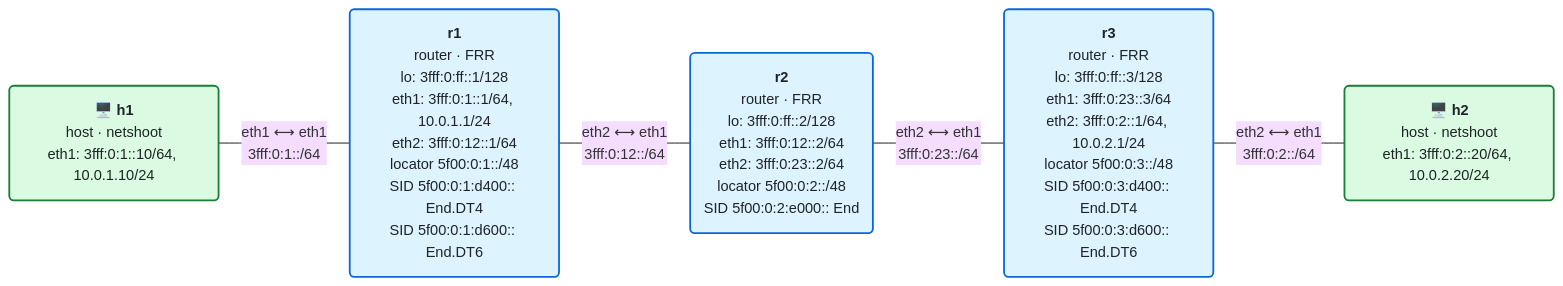
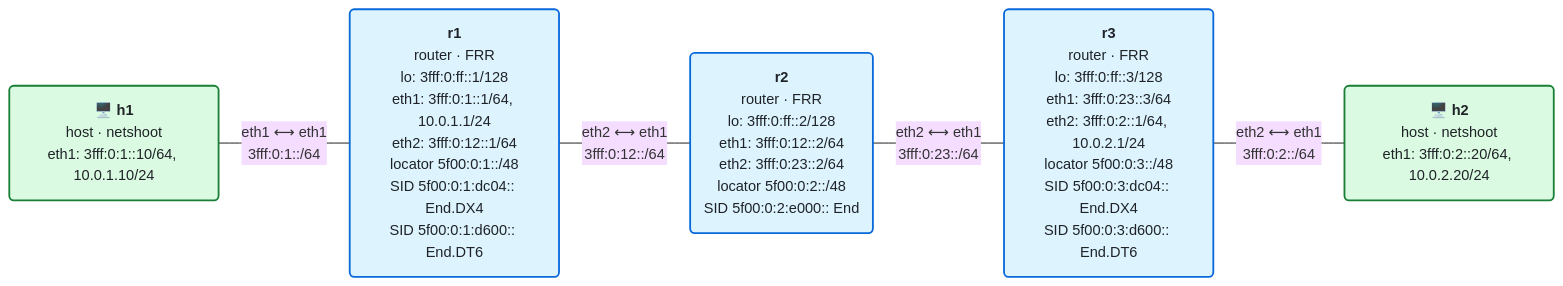
Before and after one commit to vitokosk8/aprendiendo-srv6: the diagram in 08-network-programming/README.md, drawn with Mermaid (base theme). The commit also changed other lines of this file and 6 other files, not shown here.

````diff
--- a/08-network-programming/README.md
+++ b/08-network-programming/README.md
@@ -10,19 +10,19 @@
 ```mermaid
 graph LR
     h1("🖥️ <b>h1</b><br/>host · netshoot<br/>eth1: 3fff:0:1::10/64, 10.0.1.10/24")
-    r1("<b>r1</b><br/>router · FRR<br/>lo: 3fff:0:ff::1/128<br/>eth1: 3fff:0:1::1/64, 10.0.1.1/24<br/>eth2: 3fff:0:12::1/64<br/>locator 5f00:0:1::/48<br/>SID 5f00:0:1:d400:: End.DT4<br/>SID 5f00:0:1:d600:: End.DT6")
+    r1("<b>r1</b><br/>router · FRR<br/>lo: 3fff:0:ff::1/128<br/>eth1: 3fff:0:1::1/64, 10.0.1.1/24<br/>eth2: 3fff:0:12::1/64<br/>locator 5f00:0:1::/48<br/>SID 5f00:0:1:dc04:: End.DX4<br/>SID 5f00:0:1:d600:: End.DT6")
     r2("<b>r2</b><br/>router · FRR<br/>lo: 3fff:0:ff::2/128<br/>eth1: 3fff:0:12::2/64<br/>eth2: 3fff:0:23::2/64<br/>locator 5f00:0:2::/48<br/>SID 5f00:0:2:e000:: End")
-    r3("<b>r3</b><br/>router · FRR<br/>lo: 3fff:0:ff::3/128<br/>eth1: 3fff:0:23::3/64<br/>eth2: 3fff:0:2::1/64, 10.0.2.1/24<br/>locator 5f00:0:3::/48<br/>SID 5f00:0:3:d400:: End.DT4<br/>SID 5f00:0:3:d600:: End.DT6")
+    r3("<b>r3</b><br/>router · FRR<br/>lo: 3fff:0:ff::3/128<br/>eth1: 3fff:0:23::3/64<br/>eth2: 3fff:0:2::1/64, 10.0.2.1/24<br/>locator 5f00:0:3::/48<br/>SID 5f00:0:3:dc04:: End.DX4<br/>SID 5f00:0:3:d600:: End.DT6")
     h2("🖥️ <b>h2</b><br/>host · netshoot<br/>eth1: 3fff:0:2::20/64, 10.0.2.20/24")
 
     h1 -- "eth1 ⟷ eth1<br/>3fff:0:1::/64" --- r1
     r1 -- "eth2 ⟷ eth1<br/>3fff:0:12::/64" --- r2
     r2 -- "eth2 ⟷ eth1<br/>3fff:0:23::/64" --- r3
     r3 -- "eth2 ⟷ eth1<br/>3fff:0:2::/64" --- h2
 
     classDef router fill:#ddf4ff,stroke:#0969da,stroke-width:2px,color:#1f2328
     classDef host fill:#dafbe1,stroke:#1a7f37,stroke-width:2px,color:#1f2328
     classDef switch fill:#f6f8fa,stroke:#57606a,stroke-width:2px,color:#1f2328
     class r1,r2,r3 router
     class h1,h2 host
 ```
````
